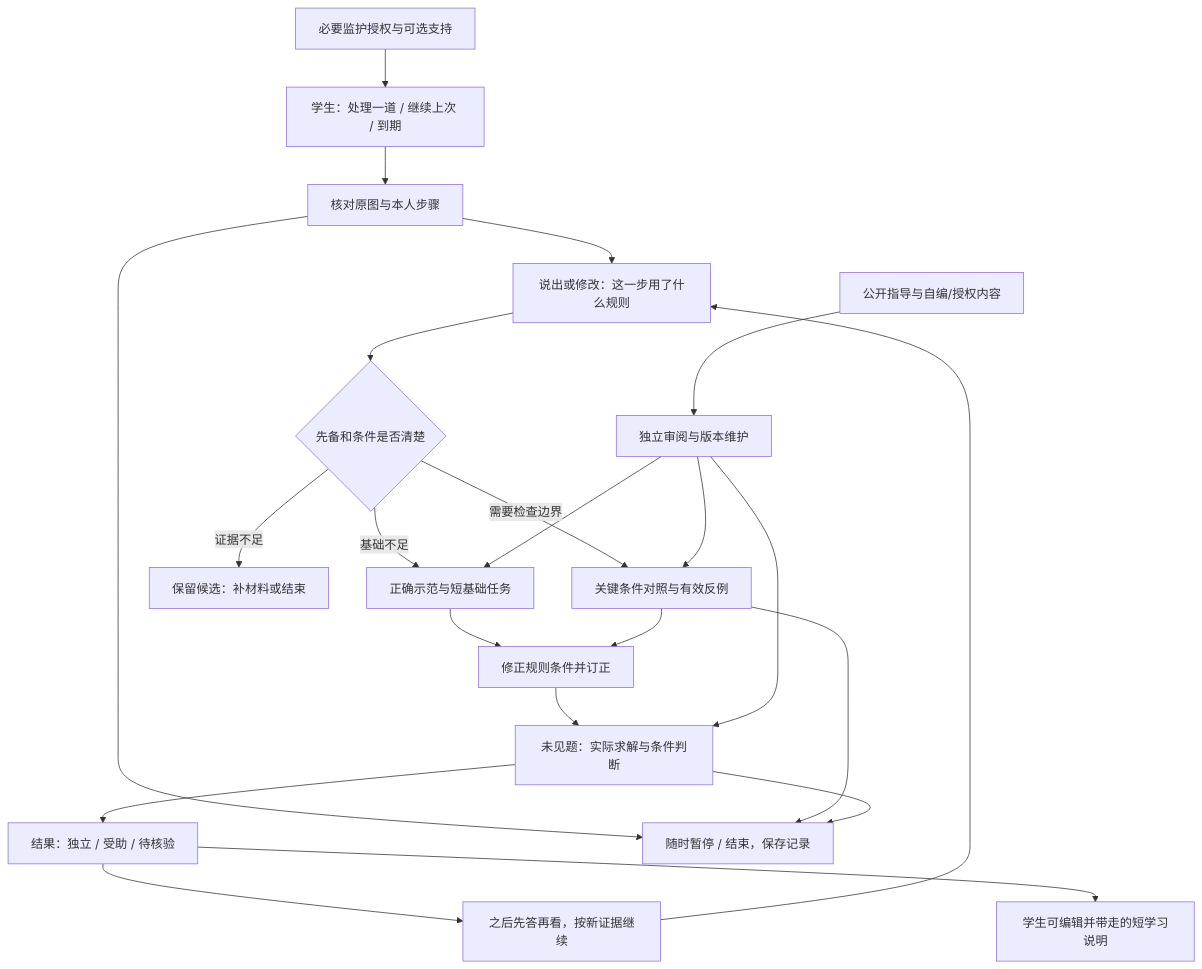
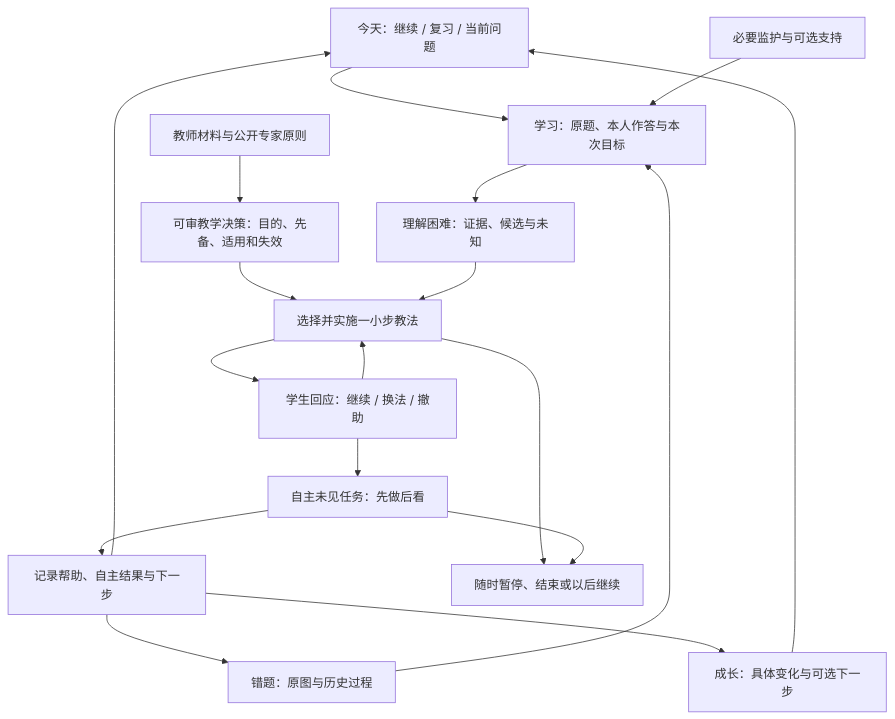
The diagram in docs/strategy/shicheng_20261105/19_PRODUCT_MAP.md (Baxxhy/cuoti), drawn with Mermaid before and after one commit. The commit also changed other lines of this file and 145 other files, not shown here.

````diff
--- a/docs/strategy/shicheng_20261105/19_PRODUCT_MAP.md
+++ b/docs/strategy/shicheng_20261105/19_PRODUCT_MAP.md
@@ -5,24 +5,20 @@
 ```mermaid
 flowchart TD
-  E[学生：处理一道 / 继续上次 / 到期] --> I[核对原图与本人步骤]
-  I --> R[说出或修改：这一步用了什么规则]
-  R --> P{先备和条件是否清楚}
-  P -->|基础不足| B[正确示范与短基础任务]
-  P -->|证据不足| U[保留候选：补材料或结束]
-  P -->|需要检查边界| C[关键条件对照与有效反例]
-  B --> M[修正规则条件并订正]
-  C --> M
-  M --> N[未见题：实际求解与条件判断]
-  N --> O[结果：独立 / 受助 / 待核验]
-  O --> L[之后先答再看，按新证据继续]
-  L --> R
-  T[公开指导与自编/授权内容] --> A[独立审阅与版本维护]
-  A --> B
-  A --> C
-  A --> N
-  G[必要监护授权与可选支持] --> E
-  I --> S[随时暂停 / 结束，保存记录]
-  C --> S
-  N --> S
-  O --> H[学生可编辑并带走的短学习说明]
+  T[今天：继续 / 复习 / 当前问题] --> L[学习：原题、本人作答与本次目标]
+  Q[错题：原图与历史过程] --> L
+  L --> D[理解困难：证据、候选与未知]
+  E[教师材料与公开专家原则] --> K[可审教学决策：目的、先备、适用和失效]
+  K --> A[选择并实施一小步教法]
+  D --> A
+  A --> R[学生回应：继续 / 换法 / 撤助]
+  R --> A
+  R --> I[自主未见任务：先做后看]
+  I --> M[记录帮助、自主结果与下一步]
+  M --> Q
+  M --> G[成长：具体变化与可选下一步]
+  M --> T
+  G --> T
+  A --> S[随时暂停、结束或以后继续]
+  I --> S
+  P[必要监护与可选支持] --> L
 ```
````
